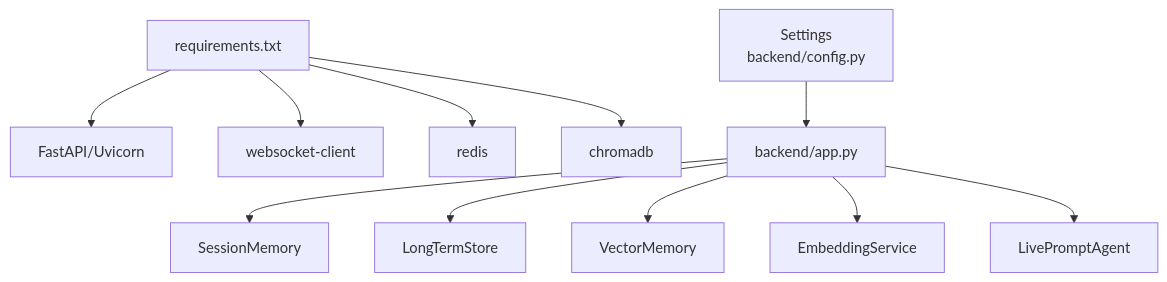
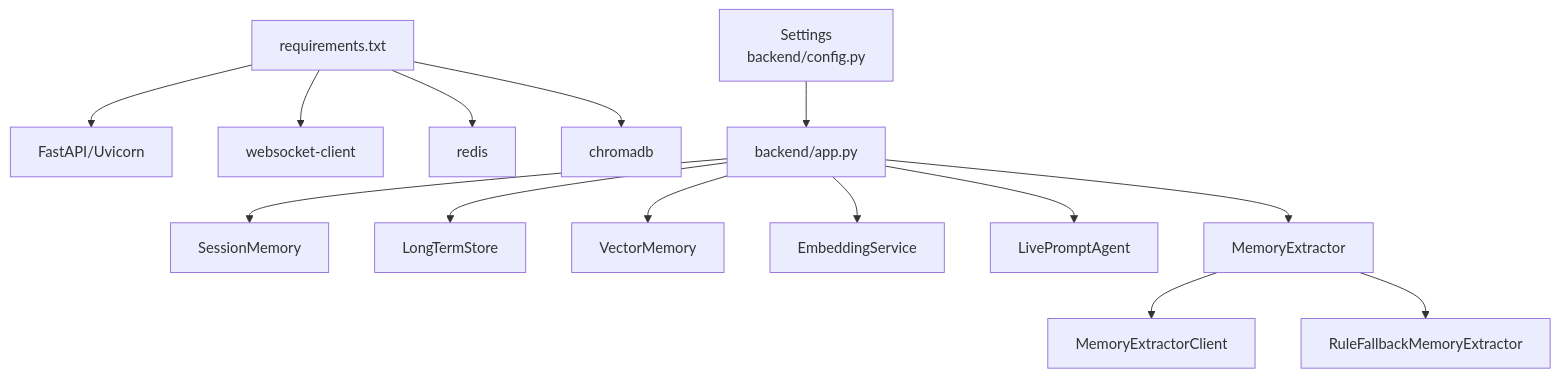
Before and after one commit to Moon-Force/DouYin_llm: the third of 3 diagrams in .qoder/repowiki/zh/content/配置管理/配置管理.md, drawn with Mermaid. The commit also changed other lines of this file and 35 other files, not shown here.

````diff
--- a/.qoder/repowiki/zh/content/配置管理/配置管理.md
+++ b/.qoder/repowiki/zh/content/配置管理/配置管理.md
@@ -221,13 +272,16 @@
 ```mermaid
 graph TB
 R["requirements.txt"] --> F["FastAPI/Uvicorn"]
 R --> W["websocket-client"]
 R --> RD["redis"]
 R --> C["chromadb"]
 S["Settings<br/>backend/config.py"] --> A["backend/app.py"]
 A --> M1["SessionMemory"]
 A --> M2["LongTermStore"]
 A --> M3["VectorMemory"]
 A --> M4["EmbeddingService"]
 A --> AG["LivePromptAgent"]
+A --> ME["MemoryExtractor"]
+ME --> MC["MemoryExtractorClient"]
+ME --> RFE["RuleFallbackMemoryExtractor"]
 ```
````
